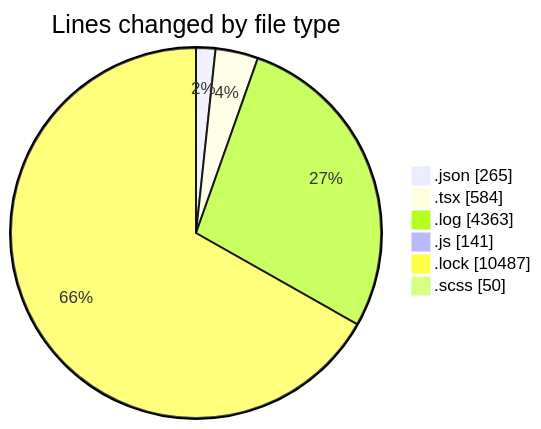
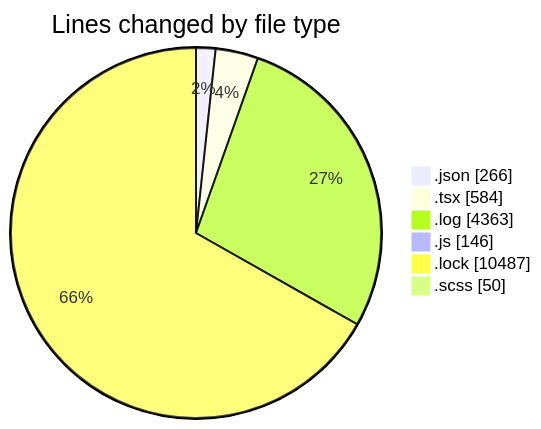
One commit to momahboobian/code-tracking changed the first of 2 diagrams in 2026-03-24/cda/README.md. Above: the diagram before and after it, drawn with Mermaid. The commit also changed other lines of this file and 1 other file, not shown here.

````diff
--- a/2026-03-24/cda/README.md
+++ b/2026-03-24/cda/README.md
@@ -29,10 +29,10 @@
 ```mermaid
 pie showData
 title Lines changed by file type
-".json" : 265
+".json" : 266
 ".tsx" : 584
 ".log" : 4363
-".js" : 141
+".js" : 146
 ".lock" : 10487
 ".scss" : 50
 ```
````
